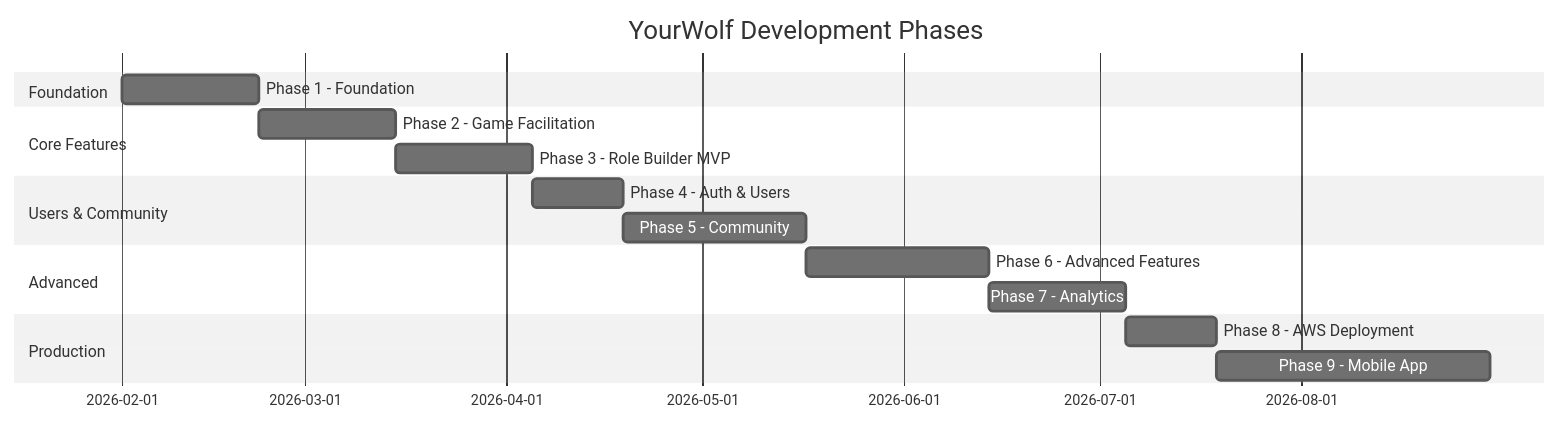
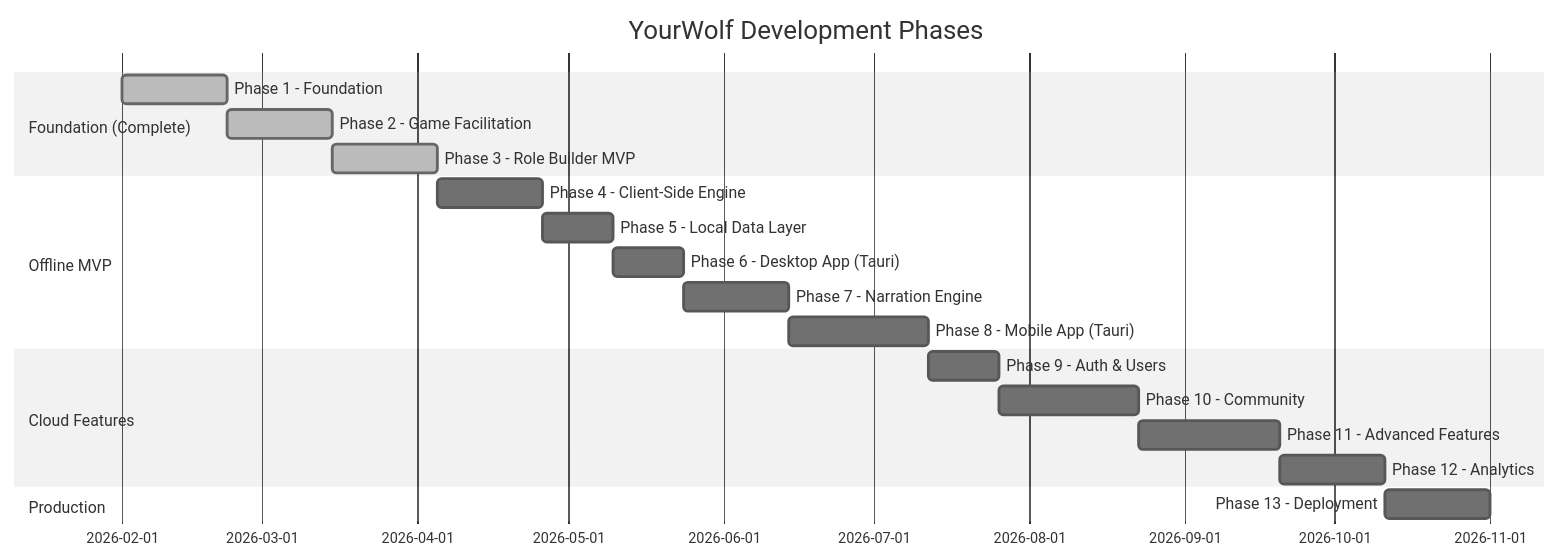
The first of 2 diagrams in docs/ROADMAP.md (threnjen/yourwolf-monorepo), drawn with Mermaid (neutral theme) before and after one commit. The commit also changed other lines of this file and 11 other files, not shown here.

````diff
--- a/docs/ROADMAP.md
+++ b/docs/ROADMAP.md
@@ -40,19 +48,22 @@
 ```mermaid
 gantt
     title YourWolf Development Phases
     dateFormat  YYYY-MM-DD
-    section Foundation
-    Phase 1 - Foundation           :p1, 2026-02-01, 3w
-    section Core Features
-    Phase 2 - Game Facilitation    :p2, after p1, 3w
-    Phase 3 - Role Builder MVP     :p3, after p2, 3w
-    section Users & Community
-    Phase 4 - Auth & Users         :p4, after p3, 2w
-    Phase 5 - Community            :p5, after p4, 4w
-    section Advanced
-    Phase 6 - Advanced Features    :p6, after p5, 4w
-    Phase 7 - Analytics            :p7, after p6, 3w
+    section Foundation (Complete)
+    Phase 1 - Foundation           :done, p1, 2026-02-01, 3w
+    Phase 2 - Game Facilitation    :done, p2, after p1, 3w
+    Phase 3 - Role Builder MVP     :done, p3, after p2, 3w
+    section Offline MVP
+    Phase 4 - Client-Side Engine   :p4, after p3, 3w
+    Phase 5 - Local Data Layer     :p5, after p4, 2w
+    Phase 6 - Desktop App (Tauri)  :p6, after p5, 2w
+    Phase 7 - Narration Engine     :p7, after p6, 3w
+    Phase 8 - Mobile App (Tauri)   :p8, after p7, 4w
+    section Cloud Features
+    Phase 9 - Auth & Users         :p9, after p8, 2w
+    Phase 10 - Community           :p10, after p9, 4w
+    Phase 11 - Advanced Features   :p11, after p10, 4w
+    Phase 12 - Analytics           :p12, after p11, 3w
     section Production
-    Phase 8 - AWS Deployment       :p8, after p7, 2w
-    Phase 9 - Mobile App           :p9, after p8, 6w
+    Phase 13 - Deployment          :p13, after p12, 3w
 ```
````
